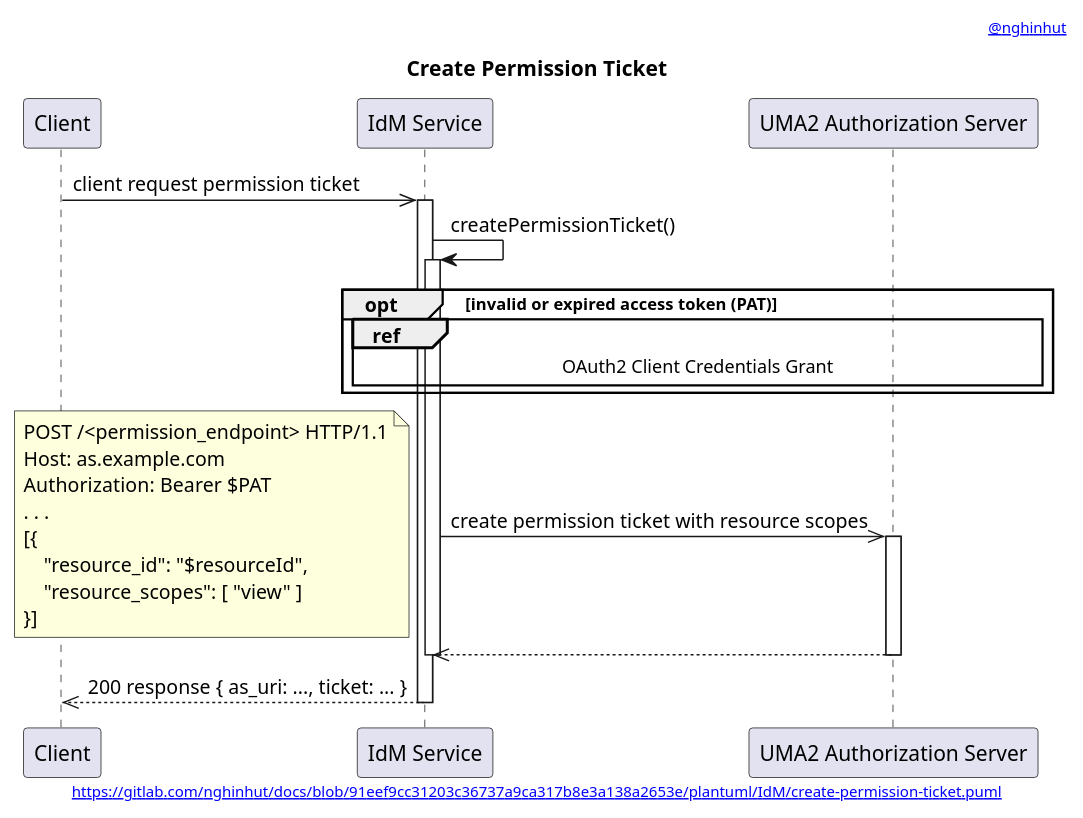
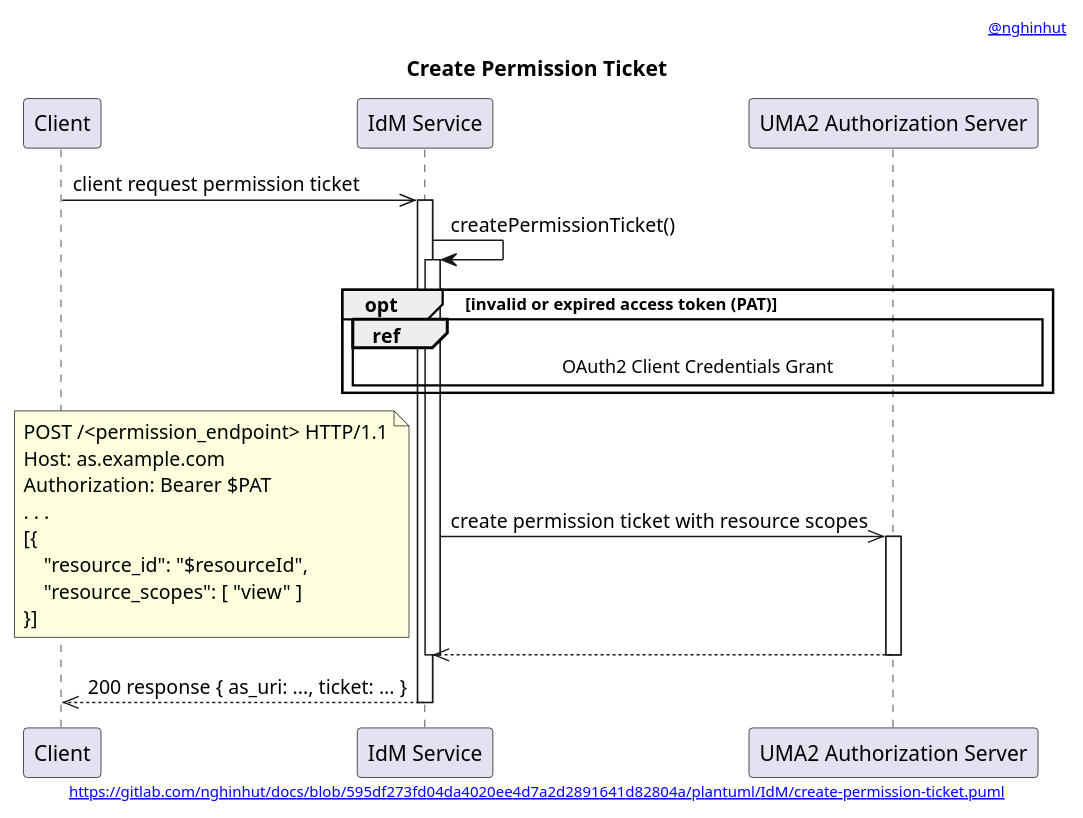
Before and after one commit to nghinhut/docs: the diagram in plantuml/IdM/create-permission-ticket.function.puml, drawn with PlantUML. The commit also changed 24 other files, not shown here.

Commit message:
docs(plantuml): update headers

```diff
--- a/plantuml/IdM/create-permission-ticket.function.puml
+++ b/plantuml/IdM/create-permission-ticket.function.puml
@@ -1,39 +1,39 @@
 @startuml
 '-----START auto generated metadata please keep comment here to allow auto update-----
 '-----DON'T EDIT THIS SECTION, INSTEAD RE-RUN prebuild.sh TO UPDATE-----
-header [[https://www.nghinhut.dev?from=http%5C%3A%5C%2F%5C%2Fwww%5C.plantuml%5C.com%5C%2Fplantuml%5C%2Fproxy%3Ffmt%3Dsvg%5C%26src%3Dhttps%5C%3A%5C%2F%5C%2Fgitlab%5C.com%5C%2Fnghinhut%5C%2Fdocs%5C%2Fraw%5C%2F91eef9cc31203c36737a9ca317b8e3a138a2653e%5C%2Fplantuml%5C%2FIdM%5C%2Fcreate-permission-ticket%5C.puml%0A @nghinhut]]
-footer [[http://www.plantuml.com/plantuml/proxy?fmt=svg&src=https://gitlab.com/nghinhut/docs/raw/91eef9cc31203c36737a9ca317b8e3a138a2653e/plantuml/IdM/create-permission-ticket.puml https://gitlab.com/nghinhut/docs/blob/91eef9cc31203c36737a9ca317b8e3a138a2653e/plantuml/IdM/create-permission-ticket.puml]]
+header [[https://www.nghinhut.dev?from=http%5C%3A%5C%2F%5C%2Fwww%5C.plantuml%5C.com%5C%2Fplantuml%5C%2Fproxy%3Ffmt%3Dsvg%5C%26src%3Dhttps%5C%3A%5C%2F%5C%2Fgitlab%5C.com%5C%2Fnghinhut%5C%2Fdocs%5C%2Fraw%5C%2F595df273fd04da4020ee4d7a2d2891641d82804a%5C%2Fplantuml%5C%2FIdM%5C%2Fcreate-permission-ticket%5C.puml%0A @nghinhut]]
+footer [[http://www.plantuml.com/plantuml/proxy?fmt=svg&src=https://gitlab.com/nghinhut/docs/raw/595df273fd04da4020ee4d7a2d2891641d82804a/plantuml/IdM/create-permission-ticket.puml https://gitlab.com/nghinhut/docs/blob/595df273fd04da4020ee4d7a2d2891641d82804a/plantuml/IdM/create-permission-ticket.puml]]
 '-----END auto generated metadata please keep comment here to allow auto update-----
 title Create Permission Ticket
 
 participant "Client" as client
 participant "IdM Service" as idm
 participant "UMA2 Authorization Server" as as
 
 client ->> idm : client request permission ticket
 activate idm
     idm -> idm : createPermissionTicket()
     activate idm
         opt invalid or expired access token (PAT)
             ref over idm, as
                 OAuth2 Client Credentials Grant
             end
         end
         idm ->> as : create permission ticket with resource scopes
         note left
             POST /<permission_endpoint> HTTP/1.1
             Host: as.example.com
             Authorization: Bearer $PAT
             . . .
             [{
                 "resource_id": "$resourceId",
                 "resource_scopes": [ "view" ]
             }]
         end note
         activate as
         idm <<-- as
         deactivate as
     deactivate idm
     client <<-- idm : 200 response { as_uri: ..., ticket: ... }
 deactivate idm
 @enduml
```
